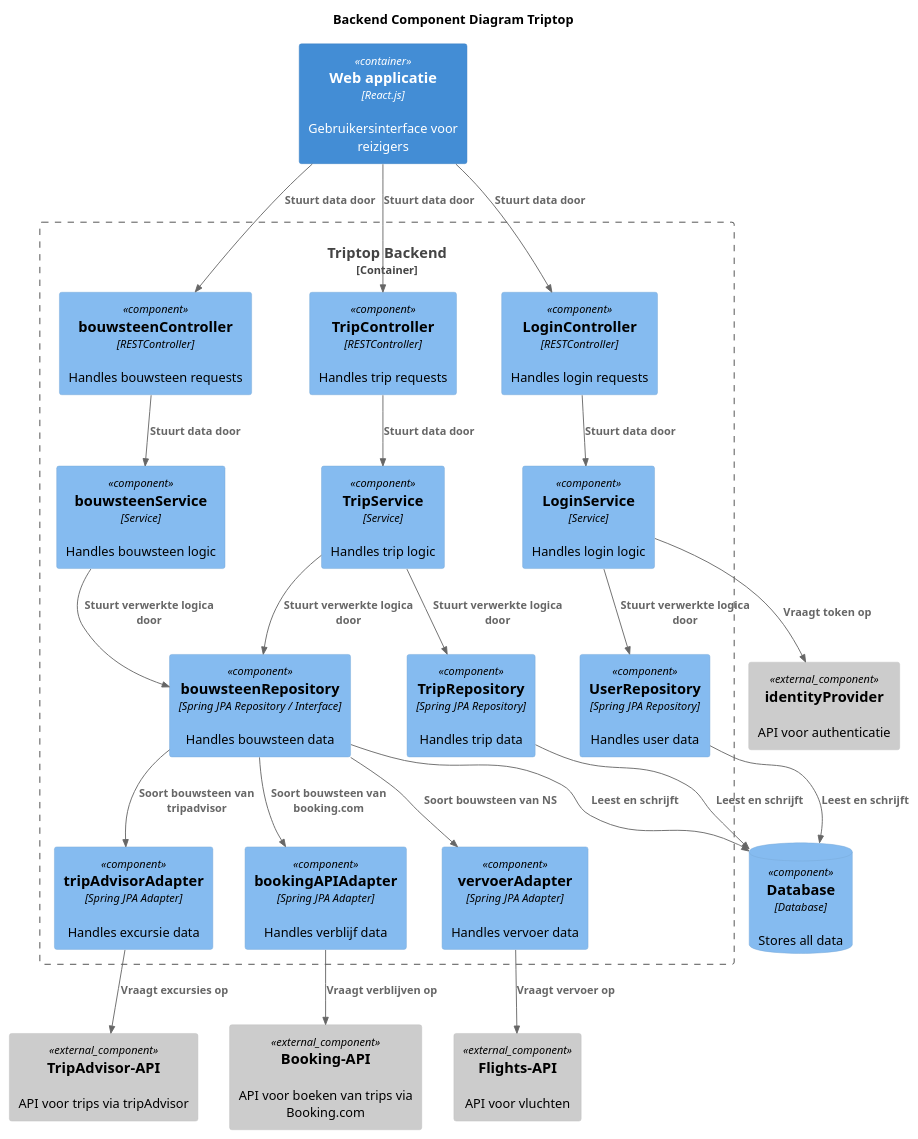
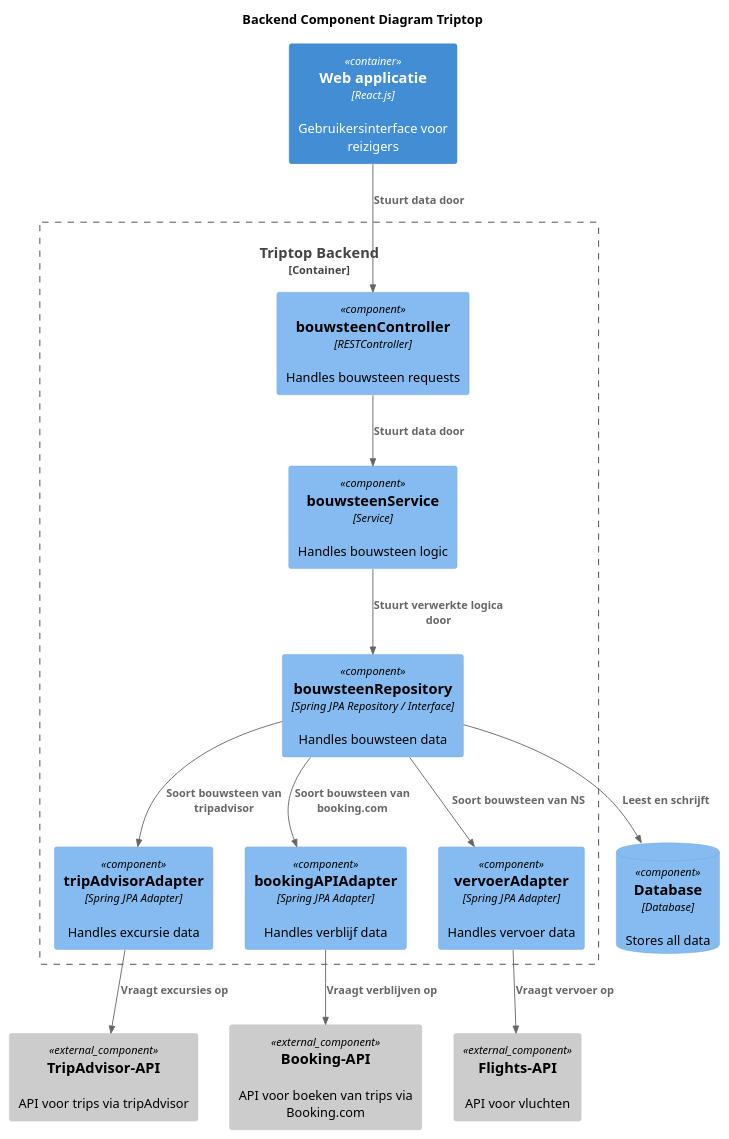
The diagram in Week2/Les3/Sacha/component-Diagram.puml (AIM-ENE-feb25/triptop-inshallahboys), drawn with PlantUML before and after one commit. The commit also changed 1 other file, not shown here.

Commit message:
class diagram aangepast

```diff
--- a/Week2/Les3/Sacha/component-Diagram.puml
+++ b/Week2/Les3/Sacha/component-Diagram.puml
@@ -1,72 +1,53 @@
 @startuml
 !include https://raw.githubusercontent.com/plantuml-stdlib/C4-PlantUML/master/C4_Component.puml
 
 title Backend Component Diagram Triptop
 
 Container_Boundary(backend, "Triptop Backend") {
 
-    ' Inloggen van reizigers
-    Component(loginController, "LoginController", "RESTController", "Handles login requests")
-    Component(loginService, "LoginService", "Service", "Handles login logic")
-    Component(userRepository, "UserRepository", "Spring JPA Repository", "Handles user data")
 
 
 
     ' Alle bouwstenen bij elkaar
-    Component(tripController, "TripController", "RESTController", "Handles trip requests")
-    Component(tripService, "TripService", "Service", "Handles trip logic")
-    Component(tripRepository, "TripRepository", "Spring JPA Repository", "Handles trip data")
 
 
     ' 1 enkele bouwsteen
     Component(bouwsteenController, "bouwsteenController", "RESTController", "Handles bouwsteen requests")
     Component(bouwsteenService, "bouwsteenService", "Service", "Handles bouwsteen logic")
     Component(bouwsteenRepository, "bouwsteenRepository", "Spring JPA Repository / Interface", "Handles bouwsteen data")
     Component(tripAdvisorAdapter, "tripAdvisorAdapter", "Spring JPA Adapter", "Handles excursie data")
     Component(bookingAPIAdapter, "bookingAPIAdapter", "Spring JPA Adapter", "Handles verblijf data")
     Component(vervoerAdapter, "vervoerAdapter", "Spring JPA Adapter", "Handles vervoer data")
 
 
 }
 
 ' Webapplicatie
 Container(webApp, "Web applicatie", "React.js", "Gebruikersinterface voor reizigers")
 
 ' External systemen (API's) en Database
 ComponentDb(DB, "Database", "Database", "Stores all data")
-Component_Ext(identityProvider, "identityProvider", "", "API voor authenticatie")
 Component_Ext(bookingAPI, "Booking-API", "", "API voor boeken van trips via Booking.com")
 Component_Ext(tripAdvisor, "TripAdvisor-API", "", "API voor trips via tripAdvisor")
 Component_Ext(flightsAPI, "Flights-API", "", "API voor vluchten")
 
 
 Rel(webApp, bouwsteenController, "Stuurt data door")
-Rel(webApp, tripController, "Stuurt data door")
-Rel(webApp, loginController, "Stuurt data door")
 
-Rel(loginController, loginService, "Stuurt data door")
-Rel(loginService, userRepository, "Stuurt verwerkte logica door")
-Rel(loginService, identityProvider, "Vraagt token op")
-
-Rel(tripController, tripService, "Stuurt data door")
-Rel(tripService, bouwsteenRepository, "Stuurt verwerkte logica door")
-Rel(tripService, tripRepository, "Stuurt verwerkte logica door")
 
 Rel(bouwsteenController, bouwsteenService, "Stuurt data door")
 Rel(bouwsteenService, bouwsteenRepository, "Stuurt verwerkte logica door")
 
 Rel(bouwsteenRepository, tripAdvisorAdapter, "Soort bouwsteen van tripadvisor")
 Rel(bouwsteenRepository, bookingAPIAdapter, "Soort bouwsteen van booking.com")
 Rel(bouwsteenRepository, vervoerAdapter, "Soort bouwsteen van NS")
 
-Rel(tripRepository, DB, "Leest en schrijft")
-Rel(userRepository, DB, "Leest en schrijft")
 Rel(bouwsteenRepository, DB, "Leest en schrijft")
 
 Rel(tripAdvisorAdapter, tripAdvisor, "Vraagt excursies op")
 Rel(bookingAPIAdapter, bookingAPI, "Vraagt verblijven op")
 Rel(vervoerAdapter, flightsAPI, "Vraagt vervoer op")
 
 
 
 @enduml
```
